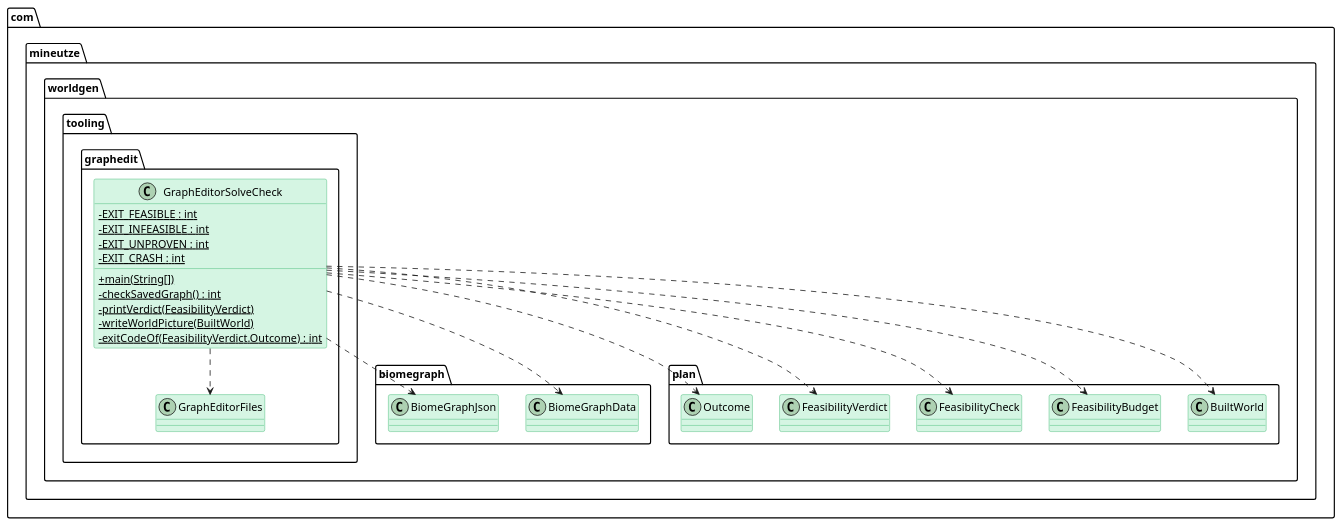
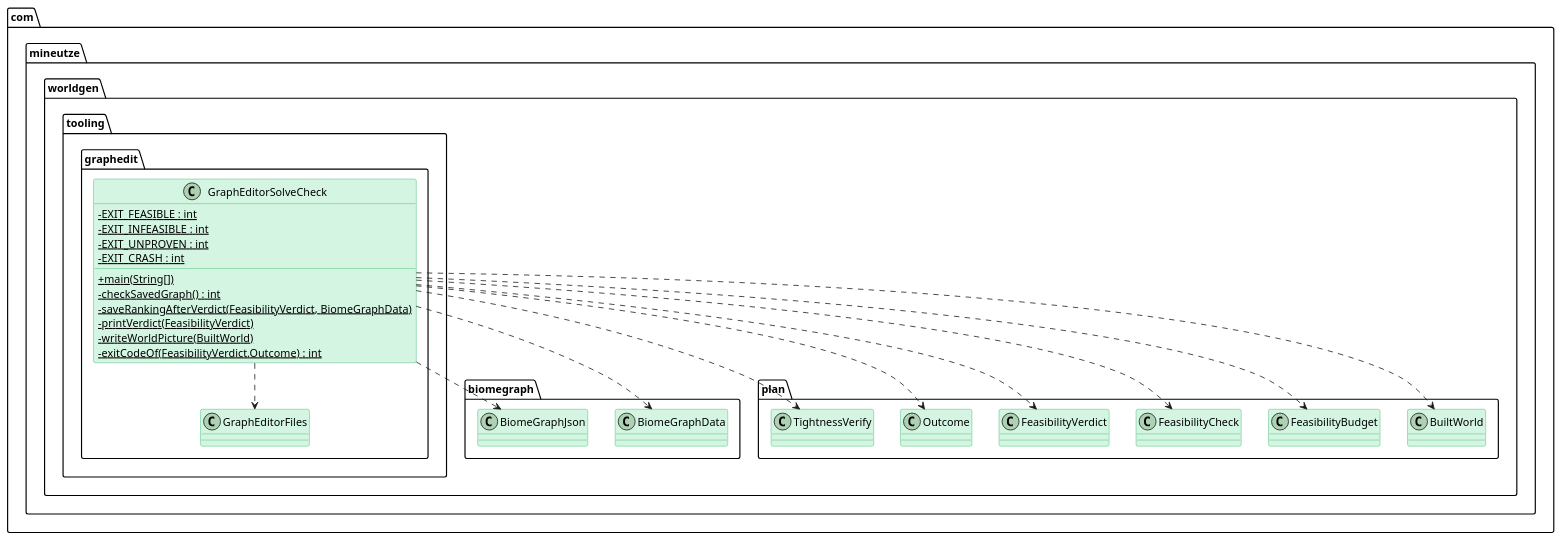
The diagram in companion-mods/mineutze-worldgen/doc/Modelisation/ClassDiagram-Full/com/mineutze/worldgen/tooling/graphedit/GraphEditorSolveCheck.puml (Boulede987/Mine-Utz), drawn with PlantUML before and after one commit. The commit also changed 45 other files, not shown here.

First line of the commit message:
docs(worldgen): regenerate class diagrams for the Verify run

```diff
--- a/companion-mods/mineutze-worldgen/doc/Modelisation/ClassDiagram-Full/com/mineutze/worldgen/tooling/graphedit/GraphEditorSolveCheck.puml
+++ b/companion-mods/mineutze-worldgen/doc/Modelisation/ClassDiagram-Full/com/mineutze/worldgen/tooling/graphedit/GraphEditorSolveCheck.puml
@@ -1,54 +1,56 @@
 @startuml GraphEditorSolveCheck
 
 skinparam classAttributeIconSize 0
 skinparam shadowing false
 
 skinparam class {
   BackgroundColor<<interface>> #D6EAF8
   BorderColor<<interface>> #2E86C1
 }
 skinparam class {
   BackgroundColor<<abstract>> #E8DAEF
   BorderColor<<abstract>> #8E44AD
 }
 skinparam class {
   BackgroundColor #D5F5E3
   BorderColor #27AE60
 }
 skinparam class {
   BackgroundColor<<record>> #FCF3CF
   BorderColor<<record>> #B7950B
 }
 skinparam class {
   BackgroundColor<<static>> #a7faa0
   BorderColor<<static>> #38d610
 }
 skinparam class {
   BackgroundColor<<enum>> #F5B7B1
   BorderColor<<enum>> #C0392B
 }
 
 namespace com.mineutze.worldgen.tooling.graphedit {
 class GraphEditorSolveCheck {
   - {static} EXIT_FEASIBLE : int
   - {static} EXIT_INFEASIBLE : int
   - {static} EXIT_UNPROVEN : int
   - {static} EXIT_CRASH : int
   + {static} main(String[])
   - {static} checkSavedGraph() : int
+  - {static} saveRankingAfterVerdict(FeasibilityVerdict, BiomeGraphData)
   - {static} printVerdict(FeasibilityVerdict)
   - {static} writeWorldPicture(BuiltWorld)
   - {static} exitCodeOf(FeasibilityVerdict.Outcome) : int
 }
 }
 
 com.mineutze.worldgen.tooling.graphedit.GraphEditorSolveCheck ..> com.mineutze.worldgen.biomegraph.BiomeGraphData
 com.mineutze.worldgen.tooling.graphedit.GraphEditorSolveCheck ..> com.mineutze.worldgen.biomegraph.BiomeGraphJson
 com.mineutze.worldgen.tooling.graphedit.GraphEditorSolveCheck ..> com.mineutze.worldgen.plan.BuiltWorld
 com.mineutze.worldgen.tooling.graphedit.GraphEditorSolveCheck ..> com.mineutze.worldgen.plan.FeasibilityBudget
 com.mineutze.worldgen.tooling.graphedit.GraphEditorSolveCheck ..> com.mineutze.worldgen.plan.FeasibilityCheck
 com.mineutze.worldgen.tooling.graphedit.GraphEditorSolveCheck ..> com.mineutze.worldgen.plan.FeasibilityVerdict
 com.mineutze.worldgen.tooling.graphedit.GraphEditorSolveCheck ..> com.mineutze.worldgen.tooling.graphedit.GraphEditorFiles
 com.mineutze.worldgen.tooling.graphedit.GraphEditorSolveCheck ..> com.mineutze.worldgen.plan.Outcome
+com.mineutze.worldgen.tooling.graphedit.GraphEditorSolveCheck ..> com.mineutze.worldgen.plan.TightnessVerify
 
 @enduml
```
